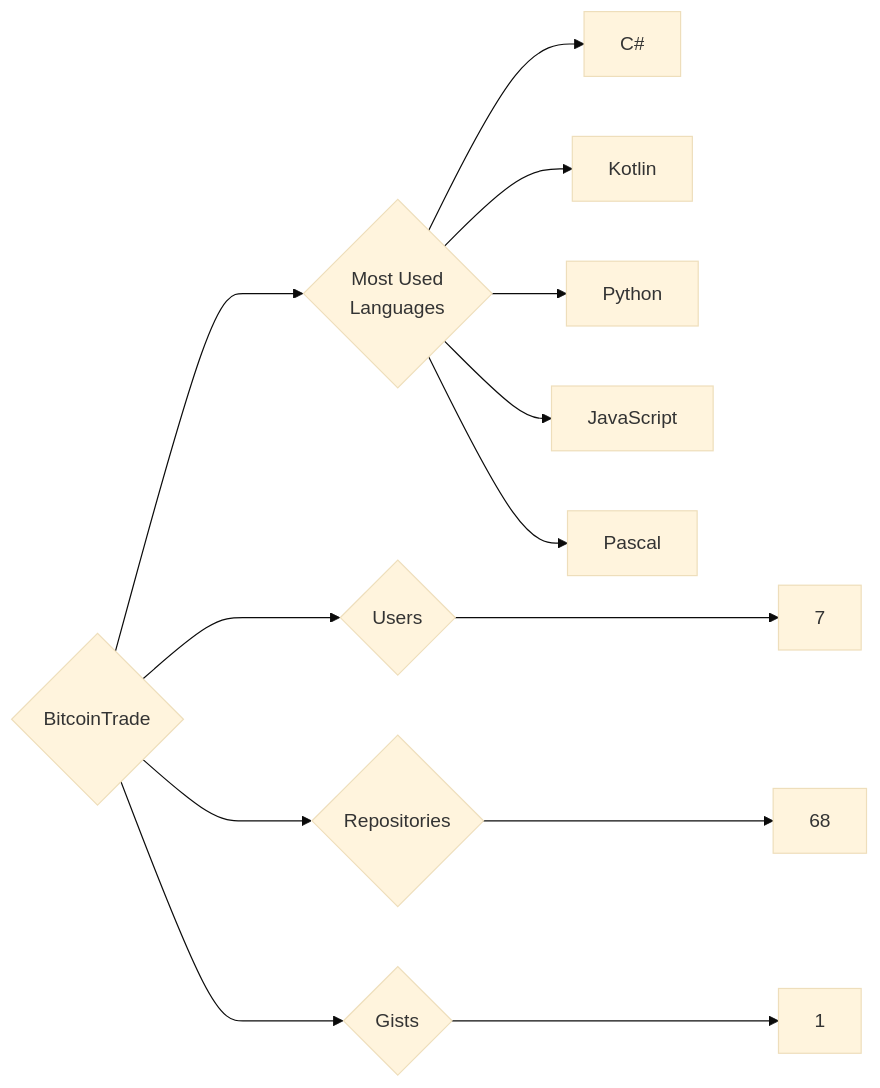
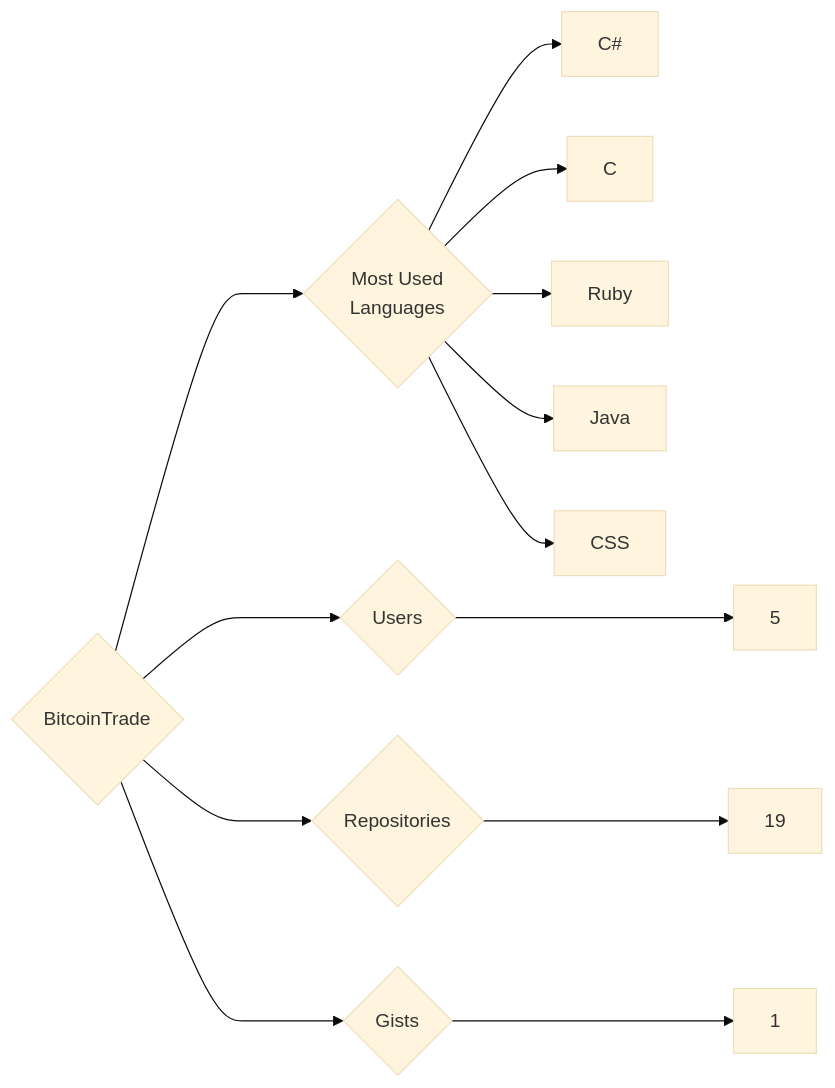
The diagram in targets/BitcoinTrade/README.md (trickest/insiders), drawn with Mermaid (base theme) before and after one commit. The commit also changed 1170 other files, not shown here.

````diff
--- a/targets/BitcoinTrade/README.md
+++ b/targets/BitcoinTrade/README.md
@@ -3,13 +3,13 @@
 ```mermaid
 graph LR
 COMPANY_NAME{BitcoinTrade}
-COMPANY_NAME ---> U{Users} ---> UN[7]
-COMPANY_NAME ---> R{Repositories} ---> RN[68]
+COMPANY_NAME ---> U{Users} ---> UN[5]
+COMPANY_NAME ---> R{Repositories} ---> RN[19]
 COMPANY_NAME ---> G{Gists} ---> GN[1]
 COMPANY_NAME ---> ML{Most Used<br>Languages}
 ML --> C#[C#]
-ML --> Kotlin[Kotlin]
-ML --> Python[Python]
-ML --> JavaScript[JavaScript]
-ML --> Pascal[Pascal]
+ML --> C[C]
+ML --> Ruby[Ruby]
+ML --> Java[Java]
+ML --> CSS[CSS]
 ```
````
